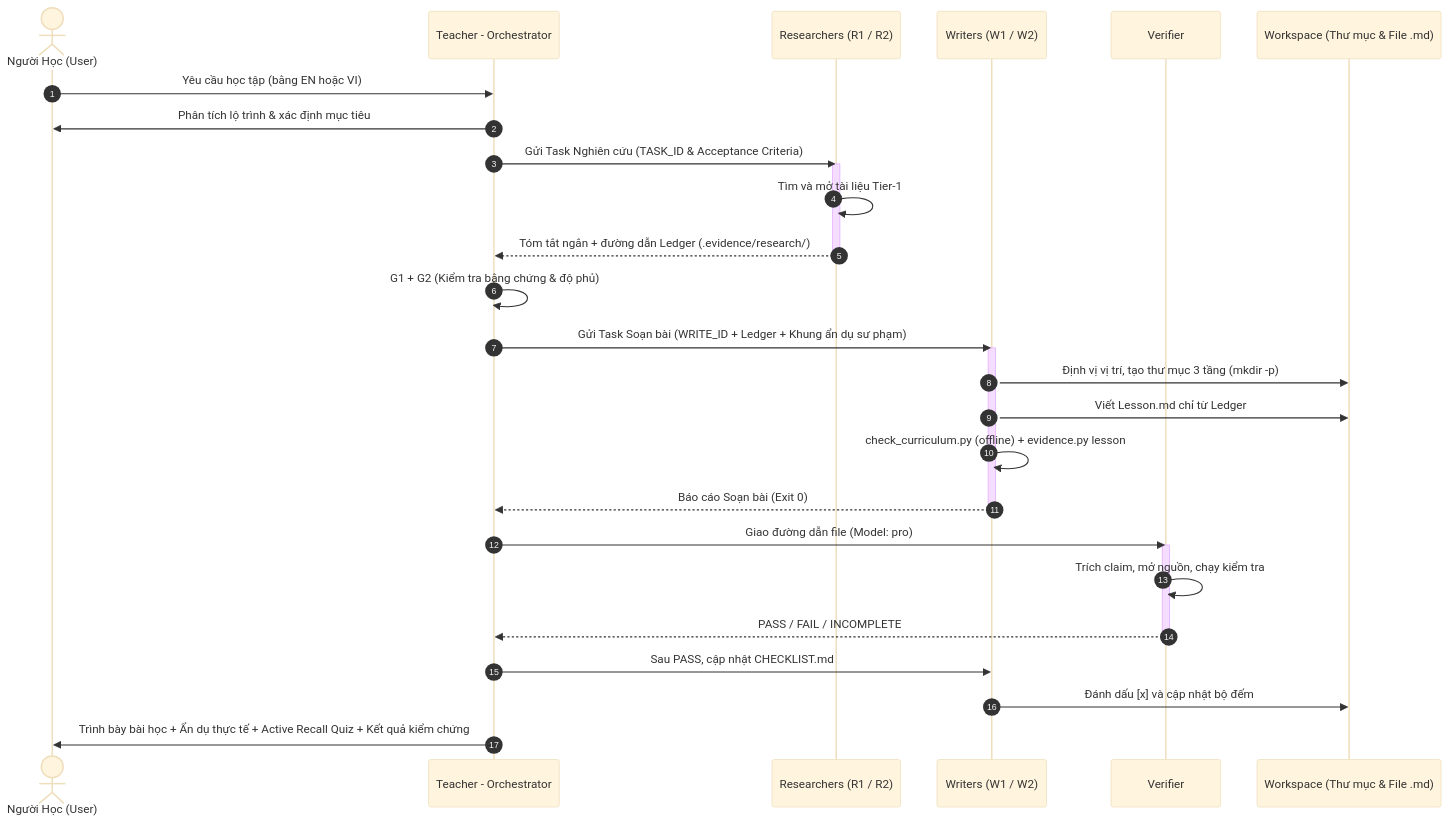
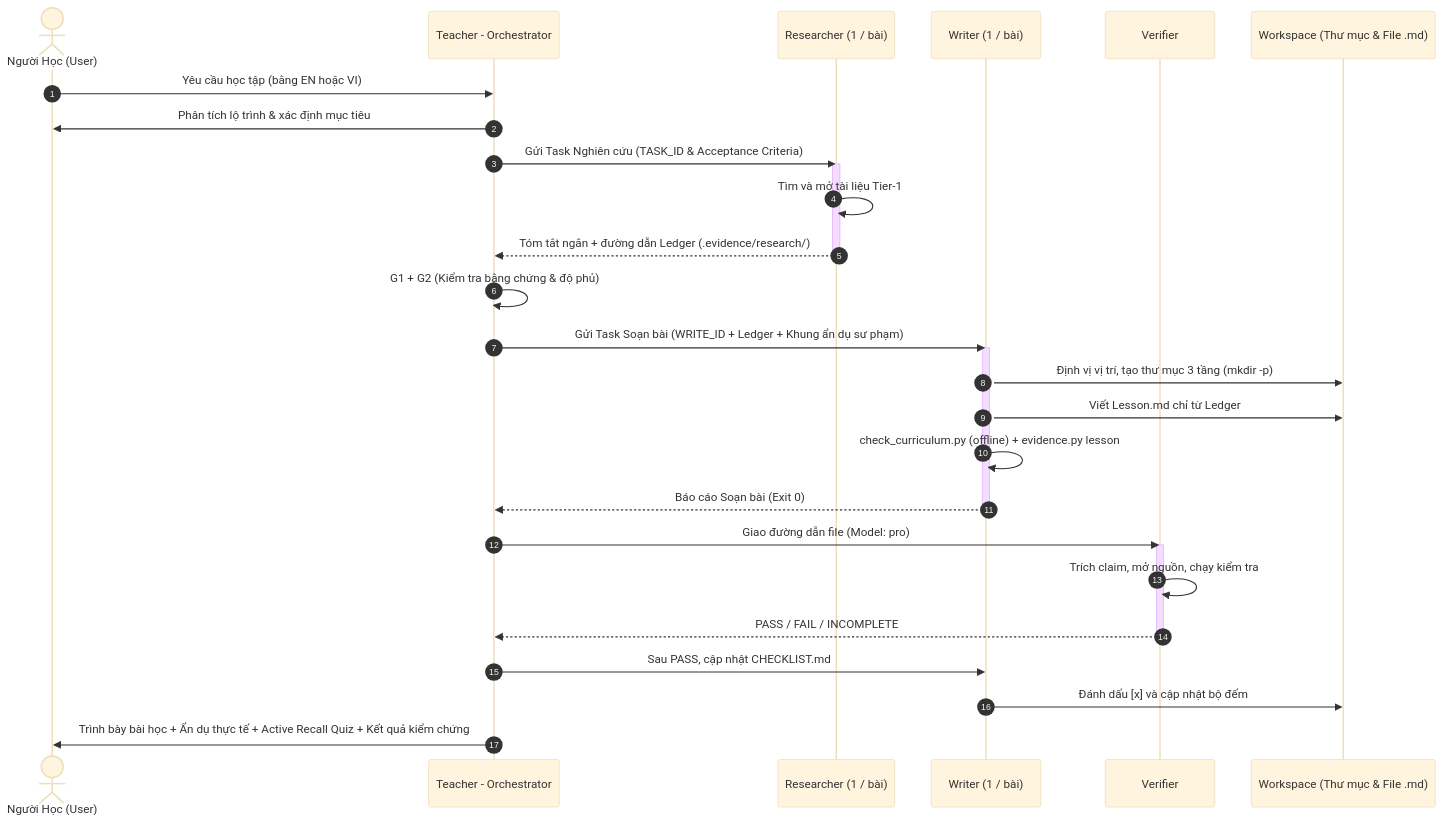
One commit to HelloMinh2122005/SelfLearn changed the diagram in .agents/README.md. Above: the diagram before and after it, drawn with Mermaid (base theme). The commit also changed other lines of this file and 118 other files, not shown here.

````diff
--- a/.agents/README.md
+++ b/.agents/README.md
@@ -53,34 +52,34 @@
 ```mermaid
 sequenceDiagram
     autonumber
     actor Learner as Người Học (User)
     participant Teacher as Teacher - Orchestrator
-    participant R as Researchers (R1 / R2)
-    participant W as Writers (W1 / W2)
+    participant R as Researcher (1 / bài)
+    participant W as Writer (1 / bài)
     participant V as Verifier
     participant FS as Workspace (Thư mục & File .md)
 
     Learner->>Teacher: Yêu cầu học tập (bằng EN hoặc VI)
     Teacher->>Learner: Phân tích lộ trình & xác định mục tiêu
     Teacher->>R: Gửi Task Nghiên cứu (TASK_ID & Acceptance Criteria)
     activate R
     R->>R: Tìm và mở tài liệu Tier-1
     R-->>Teacher: Tóm tắt ngắn + đường dẫn Ledger (.evidence/research/)
     deactivate R
     Teacher->>Teacher: G1 + G2 (Kiểm tra bằng chứng & độ phủ)
     Teacher->>W: Gửi Task Soạn bài (WRITE_ID + Ledger + Khung ẩn dụ sư phạm)
     activate W
     W->>FS: Định vị vị trí, tạo thư mục 3 tầng (mkdir -p)
     W->>FS: Viết Lesson.md chỉ từ Ledger
     W->>W: check_curriculum.py (offline) + evidence.py lesson
     W-->>Teacher: Báo cáo Soạn bài (Exit 0)
     deactivate W
     Teacher->>V: Giao đường dẫn file (Model: pro)
     activate V
     V->>V: Trích claim, mở nguồn, chạy kiểm tra
     V-->>Teacher: PASS / FAIL / INCOMPLETE
     deactivate V
     Teacher->>W: Sau PASS, cập nhật CHECKLIST.md
     W->>FS: Đánh dấu [x] và cập nhật bộ đếm
     Teacher->>Learner: Trình bày bài học + Ẩn dụ thực tế + Active Recall Quiz + Kết quả kiểm chứng
 ```
````
